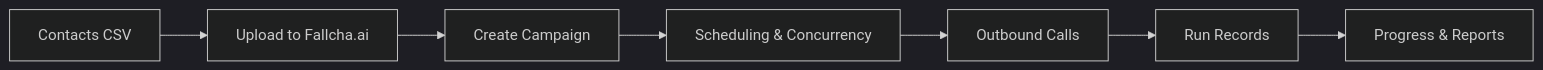
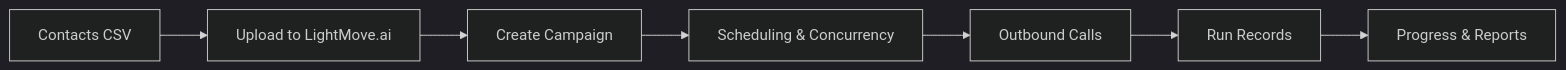
The diagram in docs/core-concepts/campaigns.mdx (nextwebspark/failte-ai), drawn with Mermaid (dark theme) before and after one commit. The commit also changed other lines of this file and 97 other files, not shown here.

First line of the commit message:
docs: rebrand docs site to LightMove.ai

````diff
--- a/docs/core-concepts/campaigns.mdx
+++ b/docs/core-concepts/campaigns.mdx
@@ -11,9 +11,9 @@
 ```mermaid
 flowchart LR
-    CSV[Contacts CSV] --> Upload[Upload to Fallcha.ai]
+    CSV[Contacts CSV] --> Upload[Upload to LightMove.ai]
     Upload --> Campaign[Create Campaign]
     Campaign --> Schedule[Scheduling & Concurrency]
     Schedule --> Calls[Outbound Calls]
     Calls --> Runs[Run Records]
     Runs --> Results[Progress & Reports]
 ```
````
